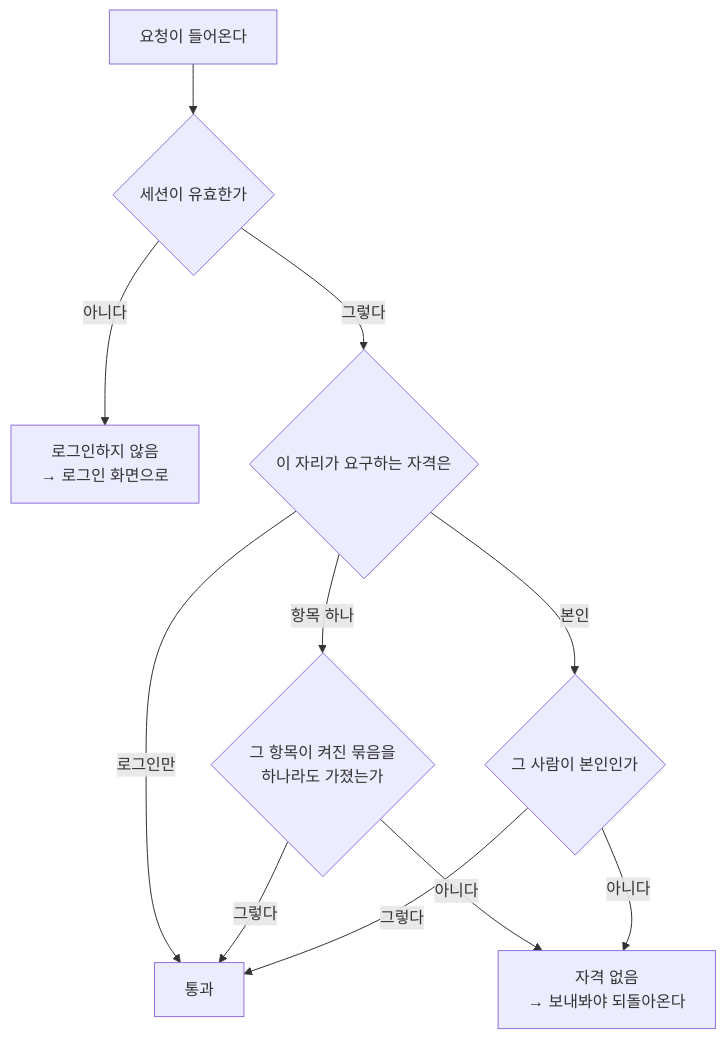
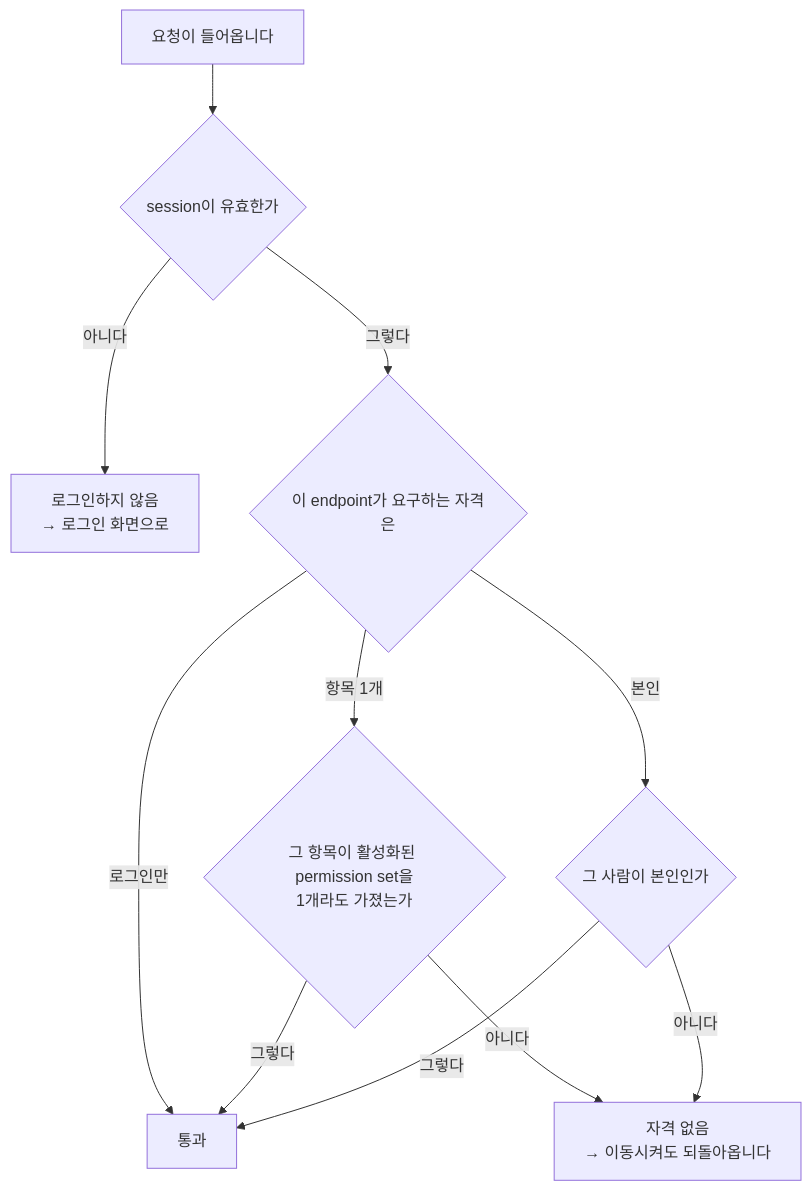
The fourth of 4 diagrams in .cluedoc/accounts-and-roles/README.md (minkong-dev/Banblit), drawn with Mermaid before and after one commit. The commit also changed other lines of this file and 188 other files, not shown here.

````diff
--- a/.cluedoc/accounts-and-roles/README.md
+++ b/.cluedoc/accounts-and-roles/README.md
@@ -444,13 +444,13 @@
 ```mermaid
 flowchart TD
-    R[요청이 들어온다] --> C{세션이 유효한가}
+    R[요청이 들어옵니다] --> C{session이 유효한가}
     C -->|아니다| E1[로그인하지 않음<br/>→ 로그인 화면으로]
-    C -->|그렇다| K{이 자리가 요구하는 자격은}
+    C -->|그렇다| K{이 endpoint가 요구하는 자격은}
     K -->|로그인만| OK[통과]
-    K -->|항목 하나| H{그 항목이 켜진 묶음을<br/>하나라도 가졌는가}
+    K -->|항목 1개| H{그 항목이 활성화된 permission set을<br/>1개라도 가졌는가}
     K -->|본인| M{그 사람이 본인인가}
-    H -->|아니다| E2[자격 없음<br/>→ 보내봐야 되돌아온다]
+    H -->|아니다| E2[자격 없음<br/>→ 이동시켜도 되돌아옵니다]
     H -->|그렇다| OK
     M -->|아니다| E2
     M -->|그렇다| OK
 ```
````
